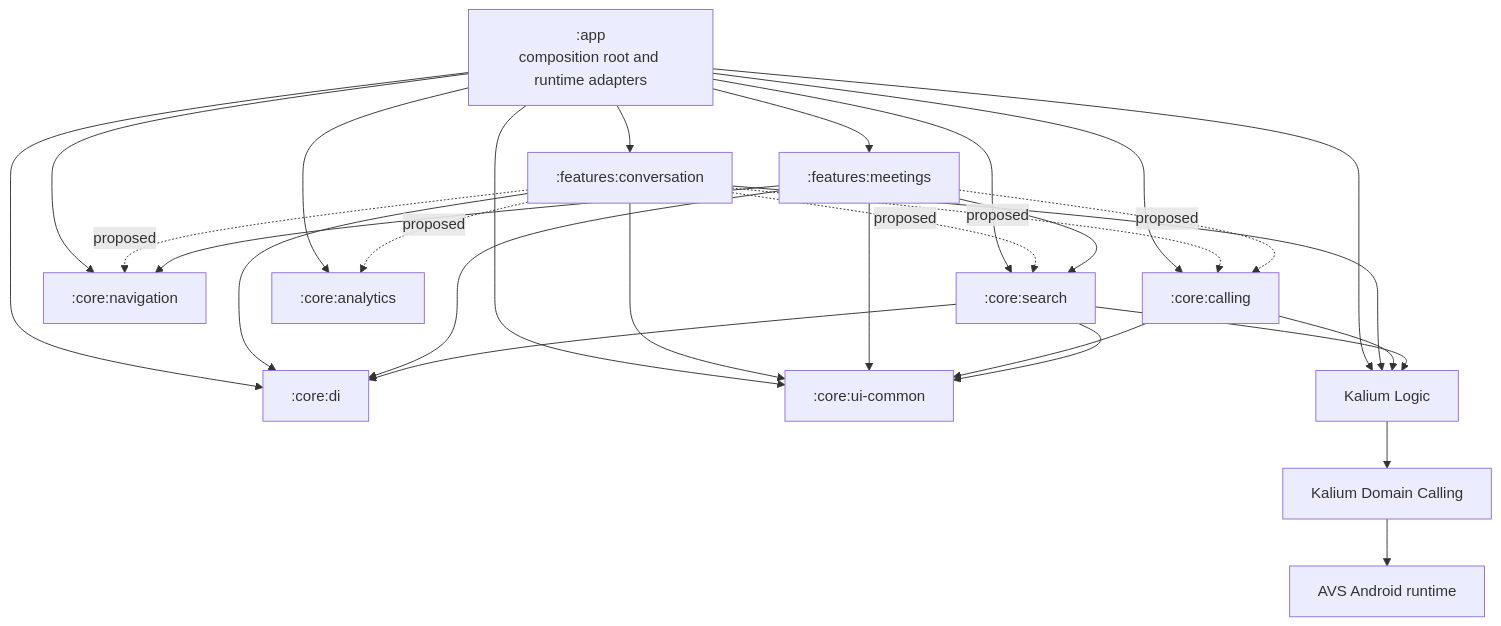
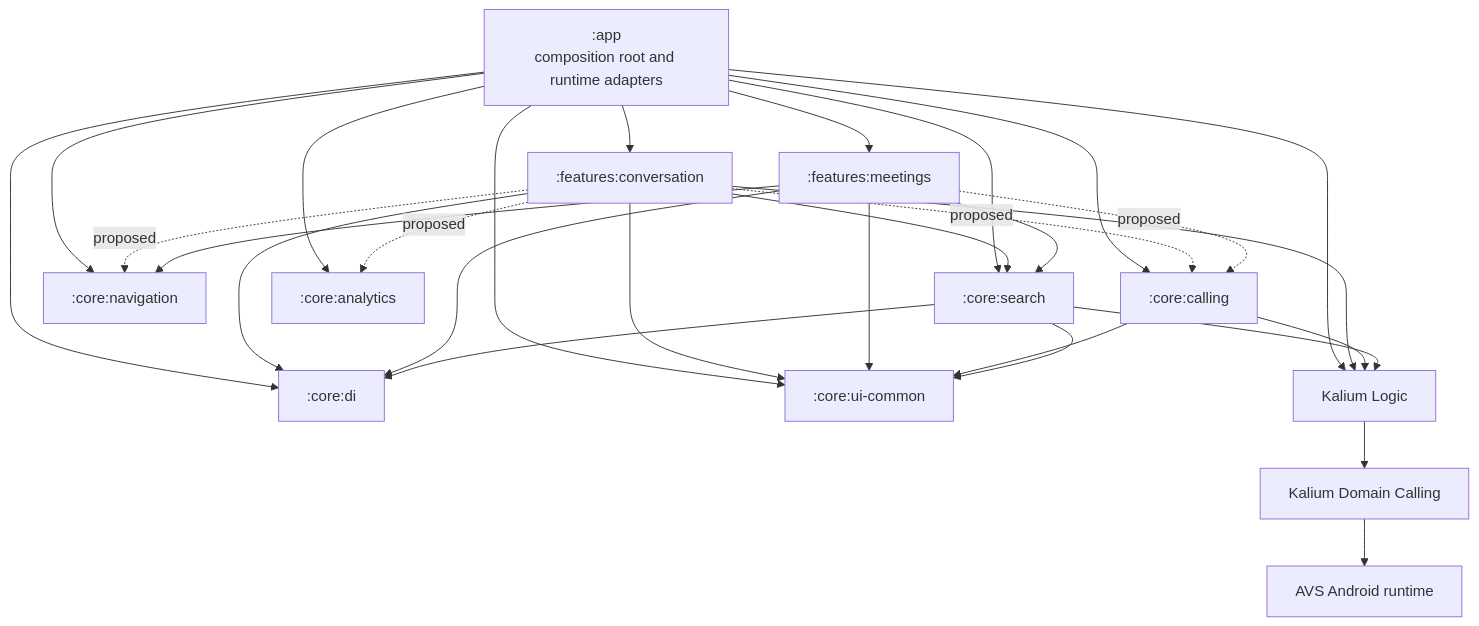
The diagram in docs/architecture/android-module-graph.md (wireapp/wire-android), drawn with Mermaid before and after one commit. The commit also changed other lines of this file and 18 other files, not shown here.

````diff
--- a/docs/architecture/android-module-graph.md
+++ b/docs/architecture/android-module-graph.md
@@ -12,44 +12,44 @@
 ```mermaid
 graph TD
     App[":app<br/>composition root and runtime adapters"]
     Conversation[":features:conversation"]
     Meetings[":features:meetings"]
     Calling[":core:calling"]
     Navigation[":core:navigation"]
     Search[":core:search"]
     Di[":core:di"]
     UiCommon[":core:ui-common"]
     Analytics[":core:analytics"]
     KaliumLogic["Kalium Logic"]
     KaliumCalling["Kalium Domain Calling"]
     Avs["AVS Android runtime"]
 
     App --> Conversation
     App --> Meetings
     App --> Calling
     App --> Navigation
     App --> Search
     App --> Di
     App --> UiCommon
     App --> Analytics
     App --> KaliumLogic
     Conversation --> Di
     Conversation --> UiCommon
     Conversation --> KaliumLogic
     Conversation -. proposed .-> Calling
     Conversation -. proposed .-> Analytics
     Conversation -. proposed .-> Navigation
-    Conversation -. proposed .-> Search
+    Conversation --> Search
     Meetings -. proposed .-> Calling
     Meetings --> Navigation
     Meetings --> Search
     Meetings --> Di
     Meetings --> UiCommon
     Calling --> UiCommon
     Calling --> KaliumLogic
     Search --> Di
     Search --> UiCommon
     Search --> KaliumLogic
     KaliumLogic --> KaliumCalling
     KaliumCalling --> Avs
 ```
````
